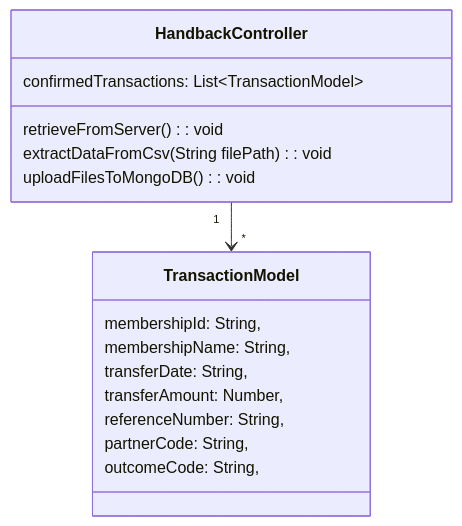
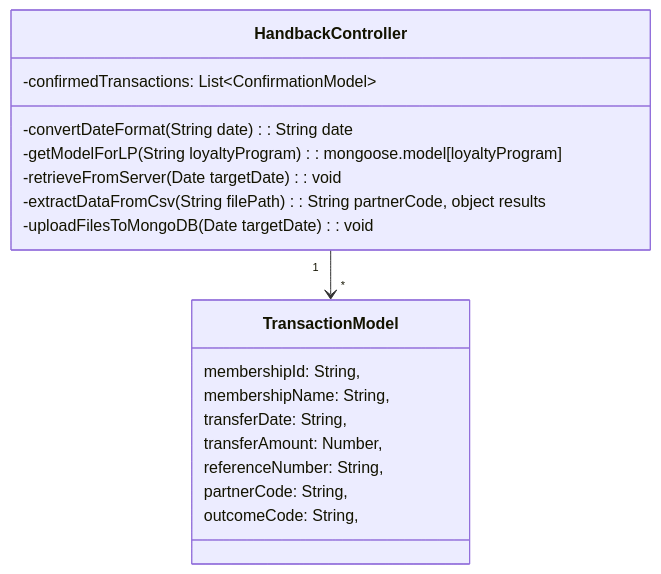
Before and after one commit to Sean2309/50.003_ESC_Project: the ninth of 13 diagrams in UML Class Diagrams/mvcClass.md, drawn with Mermaid. The commit also changed 7 other files, not shown here.

````diff
--- a/UML Class Diagrams/mvcClass.md
+++ b/UML Class Diagrams/mvcClass.md
@@ -285,21 +285,23 @@
 ```mermaid
 classDiagram
 HandbackController "1" --> "*" TransactionModel 
 
 class HandbackController{
-    confirmedTransactions: List<<list>TransactionModel>
-    retrieveFromServer(): void
-    extractDataFromCsv(String filePath): void
-    uploadFilesToMongoDB(): void
+    -confirmedTransactions: List<<list>ConfirmationModel>
+    -convertDateFormat(String date): String date
+    -getModelForLP(String loyaltyProgram): mongoose.model[loyaltyProgram]
+    -retrieveFromServer(Date targetDate): void
+    -extractDataFromCsv(String filePath): String partnerCode, object results
+    -uploadFilesToMongoDB(Date targetDate): void
 }
 
 class TransactionModel{
     membershipId: String,
     membershipName: String,
     transferDate: String,
     transferAmount: Number,
     referenceNumber: String,
     partnerCode: String,
     outcomeCode: String,
 }
 ```
````
